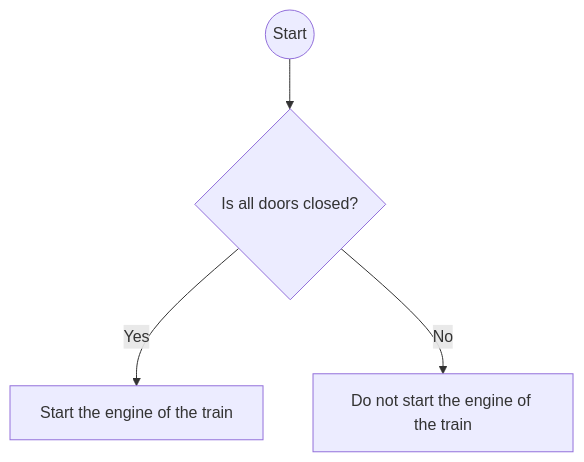
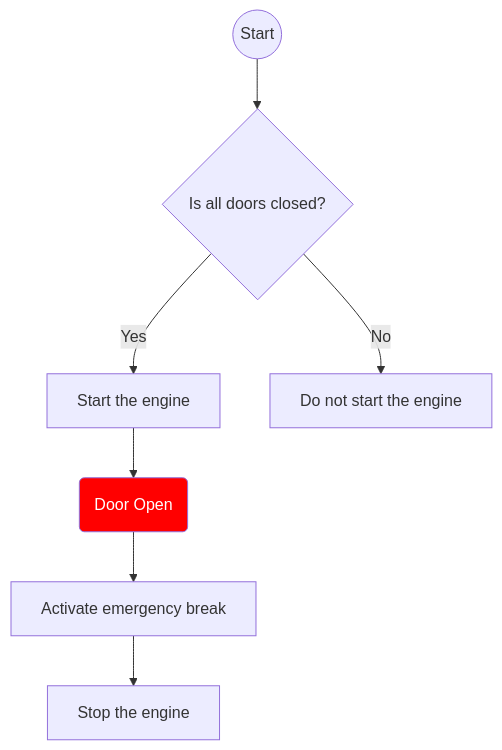
The diagram in README.md (Arnab-Developer/TrainSystem), drawn with Mermaid before and after one commit.

````diff
--- a/README.md
+++ b/README.md
@@ -5,12 +5,21 @@
 ```mermaid
 flowchart
 
-  Start@{ shape: circle, label: "Start" }
-  IsAllDoorClosed@{ shape: diamond, label: "Is all doors closed?" }
-  TrainStart@{ shape: rect, label: "Start the engine of the train" }
-  TrainDoNotStart@{ shape: rect, label: "Do not start the engine of the train" }
-  
-  Start --> IsAllDoorClosed
-  IsAllDoorClosed -- Yes --> TrainStart
-  IsAllDoorClosed -- No --> TrainDoNotStart
+Start@{ shape: circle, label: "Start" }
+IsAllDoorClosed@{ shape: diamond, label: "Is all doors closed?" }
+TrainStart@{ shape: rect, label: "Start the engine" }
+TrainDoNotStart@{ shape: rect, label: "Do not start the engine" }
+DoorOpen@{ shape: event, label: "Door Open" }
+EmergencyBreak@{ shape: rect, label: "Activate emergency break" }
+StopTrain@{ shape: rect, label: "Stop the engine" }
+
+style DoorOpen fill:red, color: white
+
+Start --> IsAllDoorClosed
+IsAllDoorClosed -- Yes --> TrainStart
+IsAllDoorClosed -- No --> TrainDoNotStart
+
+TrainStart --> DoorOpen
+DoorOpen --> EmergencyBreak
+EmergencyBreak --> StopTrain
 ```
````
